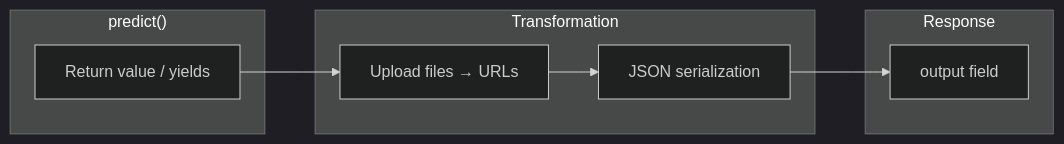
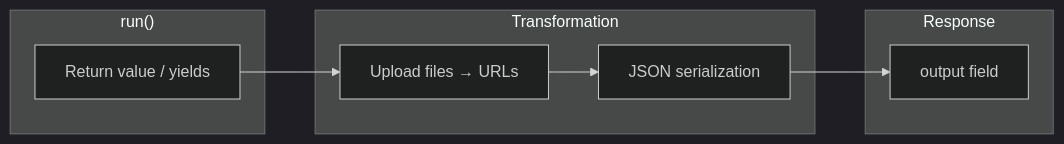
Before and after one commit to replicate/cog: the fourth of 6 diagrams in architecture/03-prediction-api.md, drawn with Mermaid (dark theme). The commit also changed other lines of this file and 73 other files, not shown here.

First line of the commit message:
feat: Rename predict to run with backward compatibility (#3015)

````diff
--- a/architecture/03-prediction-api.md
+++ b/architecture/03-prediction-api.md
@@ -226,19 +226,19 @@
 ```mermaid
 flowchart LR
-    subgraph predict["predict()"]
+    subgraph predict["run()"]
         result["Return value / yields"]
     end
 
     subgraph transform["Transformation"]
         upload["Upload files → URLs"]
         serialize["JSON serialization"]
     end
 
     subgraph response["Response"]
         output["output field"]
     end
 
     result --> upload
     upload --> serialize
     serialize --> output
 ```
````
